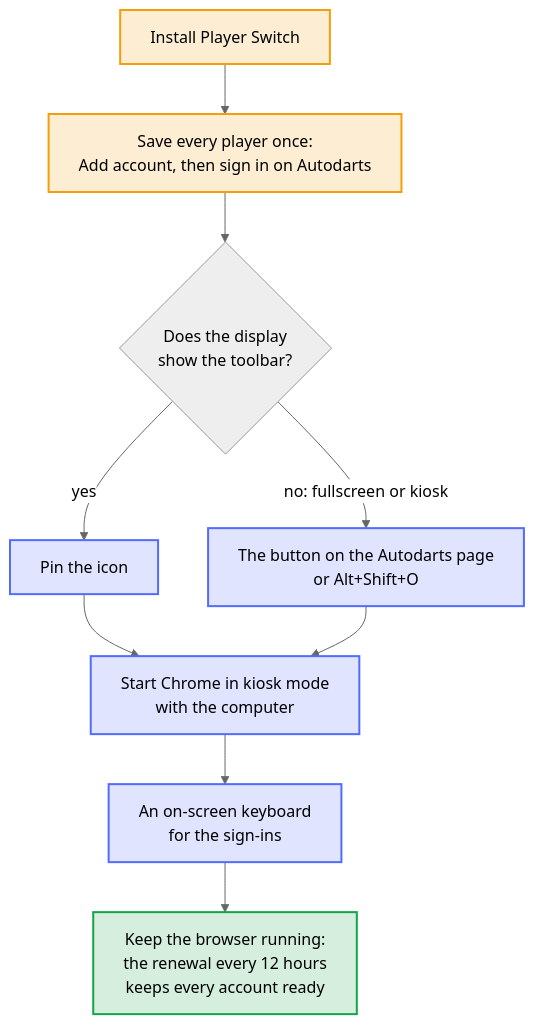
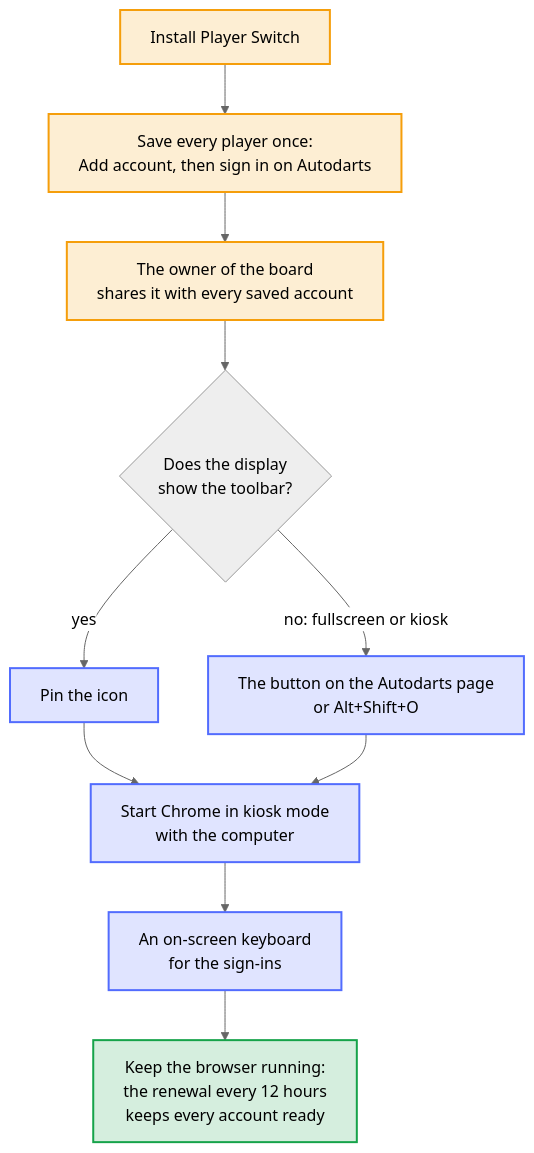
The diagram in docs/diagrams/display-setup.mmd (Dennis-Otto/player-switch-for-autodarts), drawn with Mermaid (neutral theme) before and after one commit. The commit also changed 28 other files, not shown here.

First line of the commit message:
feat(welcome): remind the board owner to share the board with every saved player (#164)

```diff
--- a/docs/diagrams/display-setup.mmd
+++ b/docs/diagrams/display-setup.mmd
@@ -1,31 +1,32 @@
 ---
 config:
   flowchart:
     wrappingWidth: 400
 ---
 flowchart TB
     accTitle: Set up a shared display
-    accDescr: Install Player Switch, then save every player once: each signs in on Autodarts after Add account. On a display that shows the toolbar, pin the icon; in fullscreen or kiosk mode, players switch with the button on the Autodarts page or the keyboard shortcut. Let the computer start Chrome in kiosk mode by itself, give it an on-screen keyboard for the sign-ins, and keep the browser running, so that the renewal every 12 hours keeps every parked account ready.
+    accDescr: Install Player Switch, then save every player once: each signs in on Autodarts after Add account. The owner of the board shares it with every saved account in Autodarts, so that each player sees it after a switch. On a display that shows the toolbar, pin the icon; in fullscreen or kiosk mode, players switch with the button on the Autodarts page or the keyboard shortcut. Let the computer start Chrome in kiosk mode by itself, give it an on-screen keyboard for the sign-ins, and keep the browser running, so that the renewal every 12 hours keeps every parked account ready.
 
     install["Install Player Switch"]
     players["Save every player once:<br>Add account, then sign in on Autodarts"]
+    share["The owner of the board<br>shares it with every saved account"]
     toolbar{"Does the display<br>show the toolbar?"}
     pin["Pin the icon"]
     button["The button on the Autodarts page<br>or Alt+Shift+O"]
     start["Start Chrome in kiosk mode<br>with the computer"]
     keyboard["An on-screen keyboard<br>for the sign-ins"]
     ready["Keep the browser running:<br>the renewal every 12 hours<br>keeps every account ready"]
 
-    install --> players --> toolbar
+    install --> players --> share --> toolbar
     toolbar -- "yes" --> pin
     toolbar -- "no: fullscreen or kiosk" --> button
     pin --> start
     button --> start
     start --> keyboard --> ready
 
     classDef person fill:#f59e0b2e,stroke:#f59e0b,stroke-width:2px
     classDef done fill:#16a34a2e,stroke:#16a34a,stroke-width:2px
     classDef bot fill:#526cfe2e,stroke:#526cfe,stroke-width:2px
-    class install,players person
+    class install,players,share person
     class pin,button,start,keyboard bot
     class ready done
```
